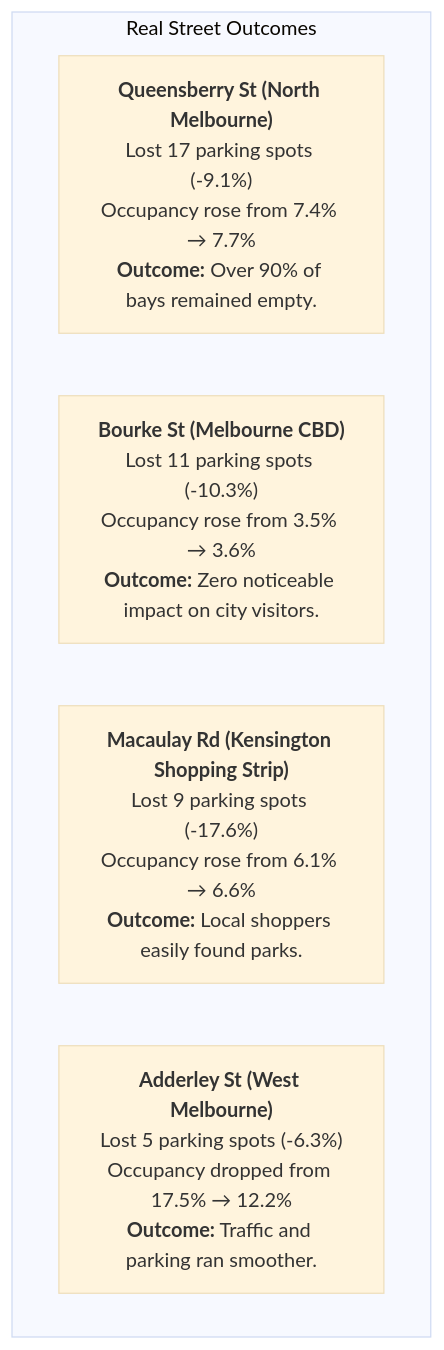
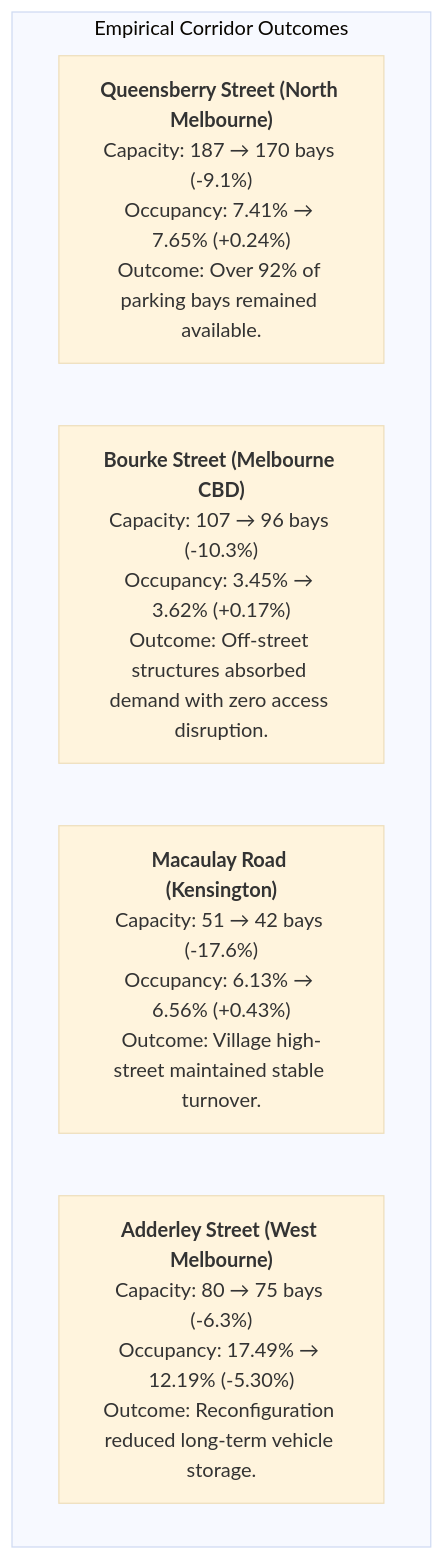
The fourth of 6 diagrams in team_b/PARKING_UTILISATION_INSIGHTS.md (rooien/urban-analysis), drawn with Mermaid (base theme) before and after one commit. The commit also changed other lines of this file, not shown here.

````diff
--- a/team_b/PARKING_UTILISATION_INSIGHTS.md
+++ b/team_b/PARKING_UTILISATION_INSIGHTS.md
@@ -181,9 +168,9 @@
 ```mermaid
 graph TD
-    subgraph Cases ["Real Street Outcomes"]
-        C1["<b>Queensberry St (North Melbourne)</b><br/>Lost 17 parking spots (-9.1%)<br/>Occupancy rose from 7.4% → 7.7%<br/><b>Outcome:</b> Over 90% of bays remained empty."]
-        C2["<b>Bourke St (Melbourne CBD)</b><br/>Lost 11 parking spots (-10.3%)<br/>Occupancy rose from 3.5% → 3.6%<br/><b>Outcome:</b> Zero noticeable impact on city visitors."]
-        C3["<b>Macaulay Rd (Kensington Shopping Strip)</b><br/>Lost 9 parking spots (-17.6%)<br/>Occupancy rose from 6.1% → 6.6%<br/><b>Outcome:</b> Local shoppers easily found parks."]
-        C4["<b>Adderley St (West Melbourne)</b><br/>Lost 5 parking spots (-6.3%)<br/>Occupancy dropped from 17.5% → 12.2%<br/><b>Outcome:</b> Traffic and parking ran smoother."]
+    subgraph Cases ["Empirical Corridor Outcomes"]
+        C1["<b>Queensberry Street (North Melbourne)</b><br/>Capacity: 187 → 170 bays (-9.1%)<br/>Occupancy: 7.41% → 7.65% (+0.24%)<br/>Outcome: Over 92% of parking bays remained available."]
+        C2["<b>Bourke Street (Melbourne CBD)</b><br/>Capacity: 107 → 96 bays (-10.3%)<br/>Occupancy: 3.45% → 3.62% (+0.17%)<br/>Outcome: Off-street structures absorbed demand with zero access disruption."]
+        C3["<b>Macaulay Road (Kensington)</b><br/>Capacity: 51 → 42 bays (-17.6%)<br/>Occupancy: 6.13% → 6.56% (+0.43%)<br/>Outcome: Village high-street maintained stable turnover."]
+        C4["<b>Adderley Street (West Melbourne)</b><br/>Capacity: 80 → 75 bays (-6.3%)<br/>Occupancy: 17.49% → 12.19% (-5.30%)<br/>Outcome: Reconfiguration reduced long-term vehicle storage."]
     end
 ```
````
